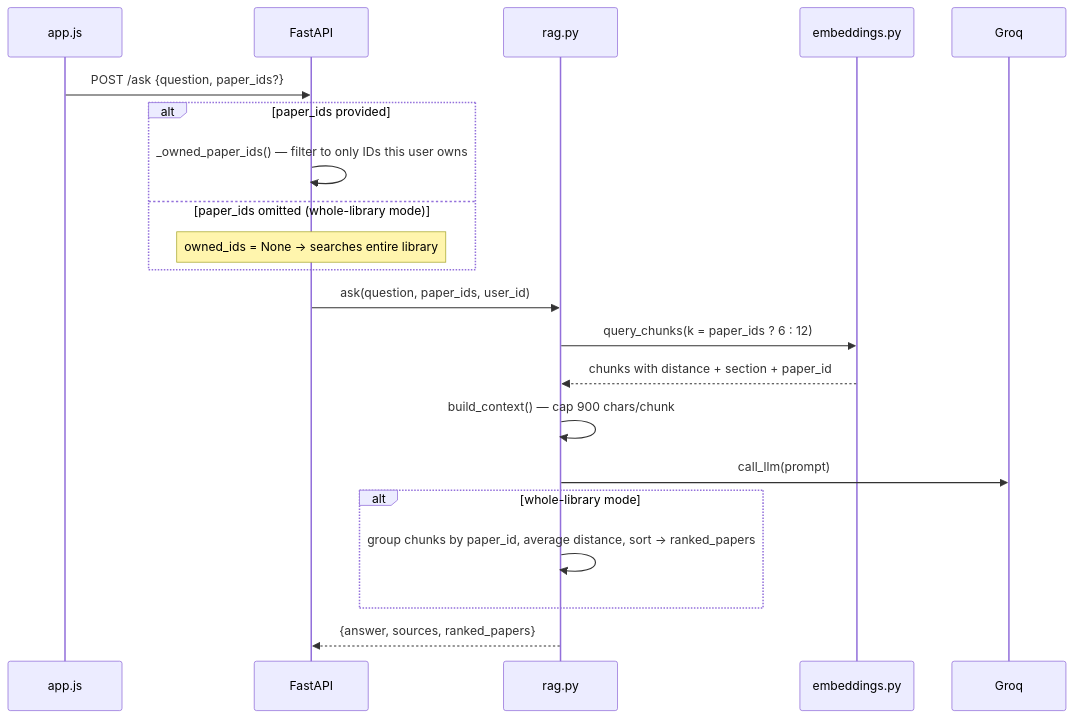
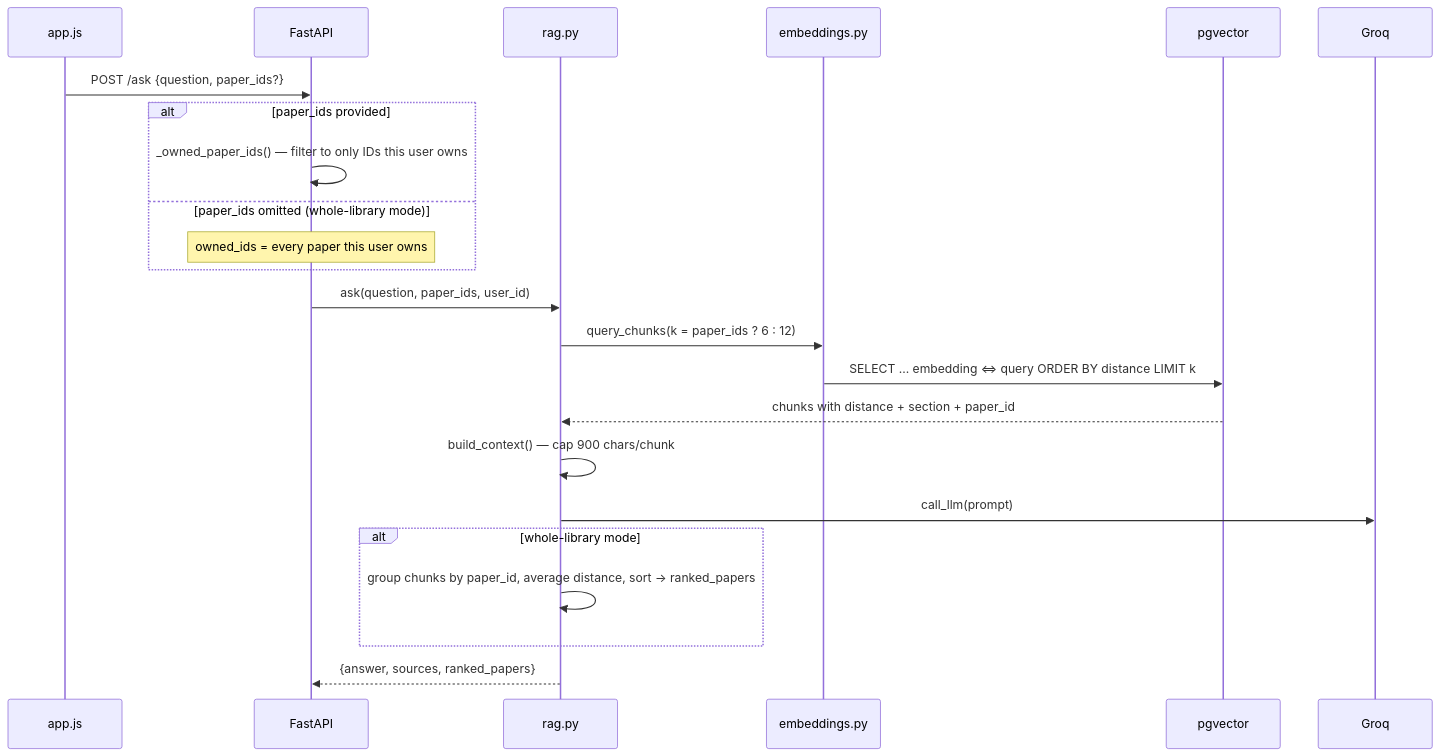
Before and after one commit to MOSHO1133/Echo: the fourth of 5 diagrams in README.md, drawn with Mermaid. The commit also changed other lines of this file, not shown here.

````diff
--- a/README.md
+++ b/README.md
@@ -279,23 +373,25 @@
 ```mermaid
 sequenceDiagram
     participant F as app.js
     participant A as FastAPI
     participant R as rag.py
     participant E as embeddings.py
+    participant V as pgvector
     participant Gq as Groq
     F->>A: POST /ask {question, paper_ids?}
     alt paper_ids provided
         A->>A: _owned_paper_ids() — filter to only IDs this user owns
     else paper_ids omitted (whole-library mode)
-        Note over A: owned_ids = None -> searches entire library
+        Note over A: owned_ids = every paper this user owns
     end
     A->>R: ask(question, paper_ids, user_id)
     R->>E: query_chunks(k = paper_ids ? 6 : 12)
-    E-->>R: chunks with distance + section + paper_id
+    E->>V: SELECT ... embedding <=> query ORDER BY distance LIMIT k
+    V-->>R: chunks with distance + section + paper_id
     R->>R: build_context() — cap 900 chars/chunk
     R->>Gq: call_llm(prompt)
     alt whole-library mode
         R->>R: group chunks by paper_id, average distance, sort -> ranked_papers
     end
     R-->>A: {answer, sources, ranked_papers}
 ```
````
